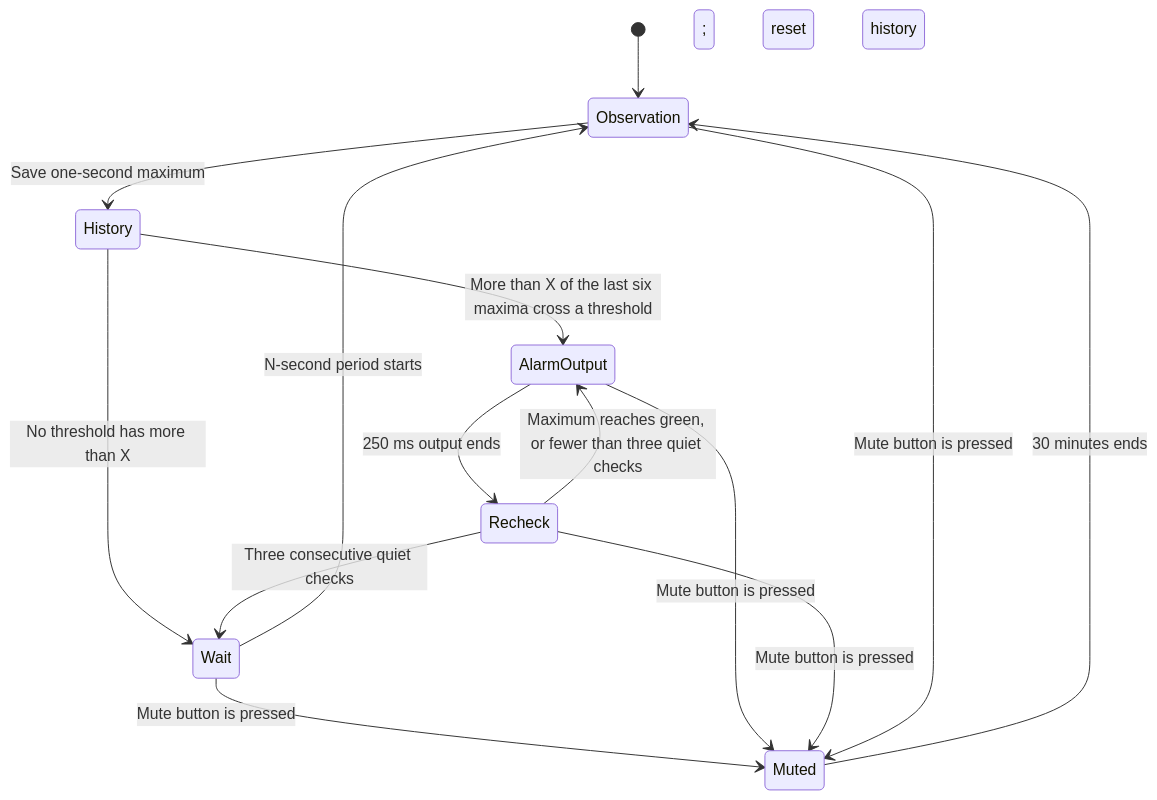
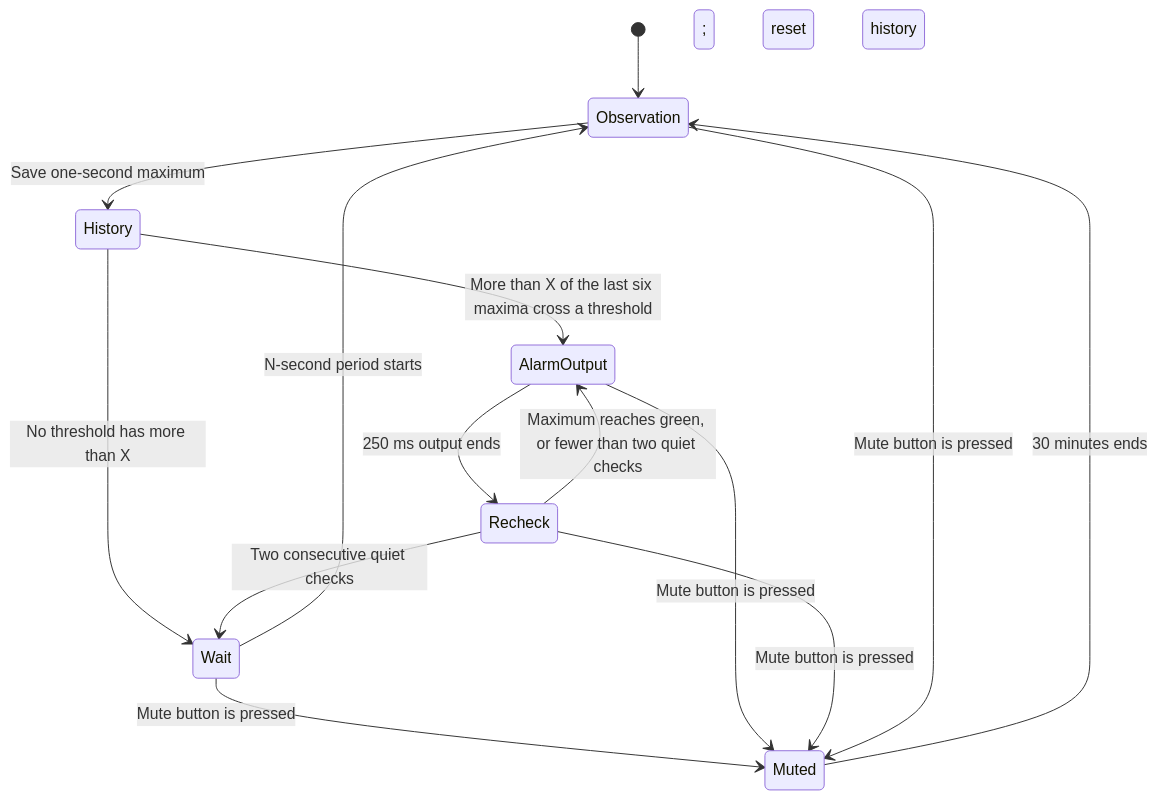
Before and after one commit to tubededentifrice/espnoise: the third of 3 diagrams in docs/architecture.md, drawn with Mermaid. The commit also changed other lines of this file and 36 other files, not shown here.

````diff
--- a/docs/architecture.md
+++ b/docs/architecture.md
@@ -38,16 +41,16 @@
 ```mermaid
 stateDiagram-v2
   [*] --> Observation
   Observation --> History: Save one-second maximum
   History --> AlarmOutput: More than X of the last six maxima cross a threshold
   History --> Wait: No threshold has more than X
   Wait --> Observation: N-second period starts
   AlarmOutput --> Recheck: 250 ms output ends
-  Recheck --> AlarmOutput: Maximum reaches green, or fewer than three quiet checks
-  Recheck --> Wait: Three consecutive quiet checks; reset history
+  Recheck --> AlarmOutput: Maximum reaches green, or fewer than two quiet checks
+  Recheck --> Wait: Two consecutive quiet checks; reset history
   Wait --> Muted: Mute button is pressed
   AlarmOutput --> Muted: Mute button is pressed
   Recheck --> Muted: Mute button is pressed
   Observation --> Muted: Mute button is pressed
   Muted --> Observation: 30 minutes ends
 ```
````
